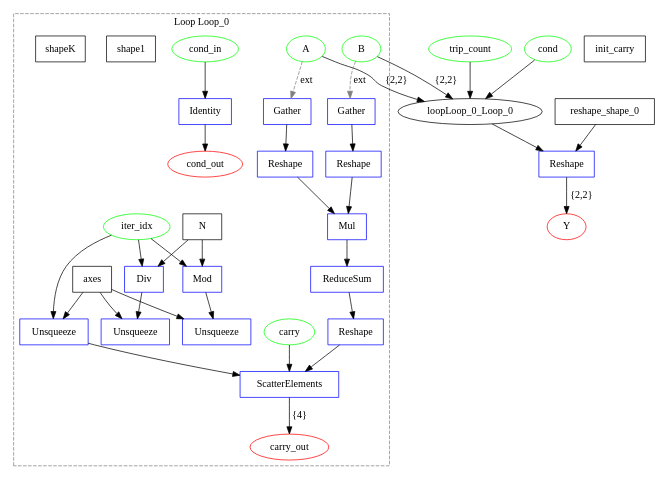
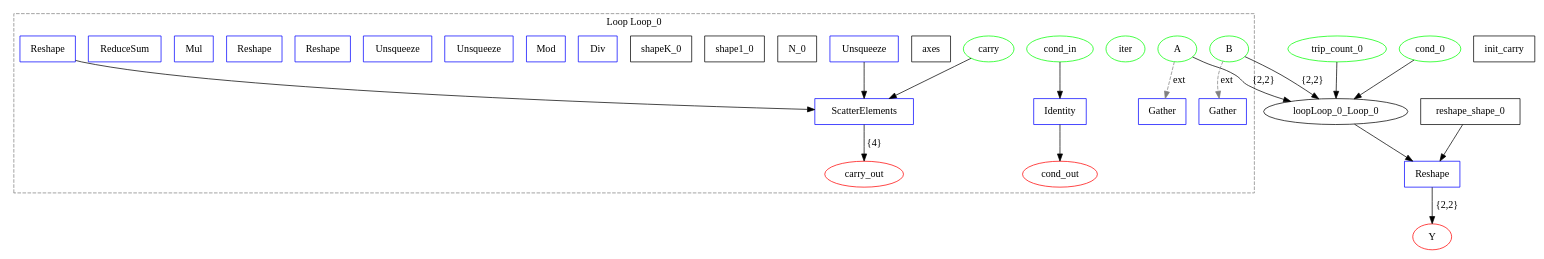
The diagram in examples/onnx/matmul_test.dot (specs-feup/onnx-flow), drawn with Graphviz before and after one commit. The commit also changed 17 other files, not shown here.

```diff
--- a/examples/onnx/matmul_test.dot
+++ b/examples/onnx/matmul_test.dot
@@ -1,72 +1,56 @@
 digraph {
   graph [compound=true];
   A [label=A shape=ellipse color="#00FF00"];
   B [label=B shape=ellipse color="#00FF00"];
-  Y [label=Y shape=ellipse color="#FF0000"];
-  trip_count [label=trip_count shape=ellipse color="#00FF00"];
-  cond [label=cond shape=ellipse color="#00FF00"];
+  trip_count_0 [label=trip_count_0 shape=ellipse color="#00FF00"];
+  cond_0 [label=cond_0 shape=ellipse color="#00FF00"];
   init_carry [label=init_carry shape=box];
   subgraph cluster_loop_Loop_0 {
     graph [rankdir=LR compound=true];
-    loopLoop_0_iter_idx [label=iter_idx shape=ellipse color="#00FF00"];
+    loopLoop_0_iter [label=iter shape=ellipse color="#00FF00"];
     loopLoop_0_cond_in [label=cond_in shape=ellipse color="#00FF00"];
     loopLoop_0_carry [label=carry shape=ellipse color="#00FF00"];
     loopLoop_0_axes [label=axes shape=box];
-    loopLoop_0_idx_unsq [label=Unsqueeze shape=box color="#0000FF"];
-    loopLoop_0_idx_unsq -> loopLoop_0_scatter [label=""];
-    loopLoop_0_N [label=N shape=box];
-    loopLoop_0_shape1 [label=shape1 shape=box];
-    loopLoop_0_row [label=Div shape=box color="#0000FF"];
-    loopLoop_0_row -> loopLoop_0_rowU [label=""];
-    loopLoop_0_col [label=Mod shape=box color="#0000FF"];
-    loopLoop_0_col -> loopLoop_0_colU [label=""];
-    loopLoop_0_rowU [label=Unsqueeze shape=box color="#0000FF"];
-    loopLoop_0_colU [label=Unsqueeze shape=box color="#0000FF"];
-    loopLoop_0_g_A [label=Gather shape=box color="#0000FF"];
-    loopLoop_0_g_A -> loopLoop_0_A_vec [label=""];
-    loopLoop_0_shapeK [label=shapeK shape=box];
-    loopLoop_0_A_vec [label=Reshape shape=box color="#0000FF"];
-    loopLoop_0_A_vec -> loopLoop_0_prod [label=""];
-    loopLoop_0_g_B [label=Gather shape=box color="#0000FF"];
-    loopLoop_0_g_B -> loopLoop_0_B_vec [label=""];
-    loopLoop_0_B_vec [label=Reshape shape=box color="#0000FF"];
-    loopLoop_0_B_vec -> loopLoop_0_prod [label=""];
-    loopLoop_0_prod [label=Mul shape=box color="#0000FF"];
-    loopLoop_0_prod -> loopLoop_0_dot [label=""];
-    loopLoop_0_dot [label=ReduceSum shape=box color="#0000FF"];
-    loopLoop_0_dot -> loopLoop_0_dotS [label=""];
-    loopLoop_0_dotS [label=Reshape shape=box color="#0000FF"];
-    loopLoop_0_dotS -> loopLoop_0_scatter [label=""];
+    loopLoop_0_unsq [label=Unsqueeze shape=box color="#0000FF"];
+    loopLoop_0_unsq -> loopLoop_0_scatter [label=""];
+    loopLoop_0_N_0 [label=N_0 shape=box];
+    loopLoop_0_shape1_0 [label=shape1_0 shape=box];
+    loopLoop_0_shapeK_0 [label=shapeK_0 shape=box];
+    loopLoop_0_Div_0 [label=Div shape=box color="#0000FF"];
+    loopLoop_0_Mod_0 [label=Mod shape=box color="#0000FF"];
+    loopLoop_0_rowU_0 [label=Unsqueeze shape=box color="#0000FF"];
+    loopLoop_0_colU_0 [label=Unsqueeze shape=box color="#0000FF"];
+    loopLoop_0_g_A_0 [label=Gather shape=box color="#0000FF"];
+    loopLoop_0_g_B_0 [label=Gather shape=box color="#0000FF"];
+    loopLoop_0_reshape_reshapeRow_0 [label=Reshape shape=box color="#0000FF"];
+    loopLoop_0_reshape_reshapeCol_0 [label=Reshape shape=box color="#0000FF"];
+    loopLoop_0_mul_0 [label=Mul shape=box color="#0000FF"];
+    loopLoop_0_reduce_0 [label=ReduceSum shape=box color="#0000FF"];
+    loopLoop_0_reshape_0 [label=Reshape shape=box color="#0000FF"];
+    loopLoop_0_reshape_0 -> loopLoop_0_scatter [label=""];
     loopLoop_0_scatter [label=ScatterElements shape=box color="#0000FF"];
     loopLoop_0_id_cond [label=Identity shape=box color="#0000FF"];
     loopLoop_0_cond_out [label=cond_out shape=ellipse color="#FF0000"];
     loopLoop_0_carry_out [label=carry_out shape=ellipse color="#FF0000"];
-    loopLoop_0_iter_idx -> loopLoop_0_idx_unsq [label=""];
-    loopLoop_0_axes -> loopLoop_0_idx_unsq [label=""];
-    loopLoop_0_iter_idx -> loopLoop_0_row [label=""];
-    loopLoop_0_N -> loopLoop_0_row [label=""];
-    loopLoop_0_iter_idx -> loopLoop_0_col [label=""];
-    loopLoop_0_N -> loopLoop_0_col [label=""];
-    loopLoop_0_axes -> loopLoop_0_rowU [label=""];
-    loopLoop_0_axes -> loopLoop_0_colU [label=""];
     loopLoop_0_carry -> loopLoop_0_scatter [label=""];
     loopLoop_0_cond_in -> loopLoop_0_id_cond [label=""];
     loopLoop_0_id_cond -> loopLoop_0_cond_out [label=""];
     loopLoop_0_scatter -> loopLoop_0_carry_out [label="{4}"];
-    A -> loopLoop_0_g_A [style=dashed color=gray label=ext];
-    B -> loopLoop_0_g_B [style=dashed color=gray label=ext];
+    A -> loopLoop_0_g_A_0 [style=dashed color=gray label=ext];
+    B -> loopLoop_0_g_B_0 [style=dashed color=gray label=ext];
     graph [label="Loop Loop_0"];
     graph [style=dashed];
     graph [color=gray];
   }
 
-  loopLoop_0_Loop_0 -> Reshape_0 [label="" ltail=cluster_loop_Loop_0];
+  Y [label=Y shape=ellipse color="#FF0000"];
+  loopLoop_0_Loop_0 -> reshape_0 [label="" ltail=cluster_loop_Loop_0];
   reshape_shape_0 [label=reshape_shape_0 shape=box];
-  Reshape_0 [label=Reshape shape=box color="#0000FF"];
-  reshape_shape_0 -> Reshape_0 [label=""];
-  Reshape_0 -> Y [label="{2,2}"];
+  reshape_0 [label=Reshape shape=box color="#0000FF"];
+  A -> loopLoop_0_Loop_0 [label="{2,2}" lhead=cluster_loop_Loop_0];
+  reshape_shape_0 -> reshape_0 [label=""];
+  reshape_0 -> Y [label="{2,2}"];
   B -> loopLoop_0_Loop_0 [label="{2,2}" lhead=cluster_loop_Loop_0];
-  trip_count -> loopLoop_0_Loop_0 [label="" lhead=cluster_loop_Loop_0];
-  cond -> loopLoop_0_Loop_0 [label="" lhead=cluster_loop_Loop_0];
-  A -> loopLoop_0_Loop_0 [label="{2,2}" lhead=cluster_loop_Loop_0];
+  trip_count_0 -> loopLoop_0_Loop_0 [label="" lhead=cluster_loop_Loop_0];
+  cond_0 -> loopLoop_0_Loop_0 [label="" lhead=cluster_loop_Loop_0];
 }
```
